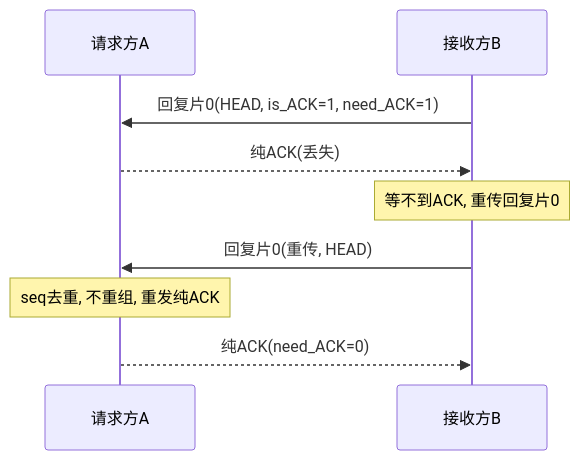
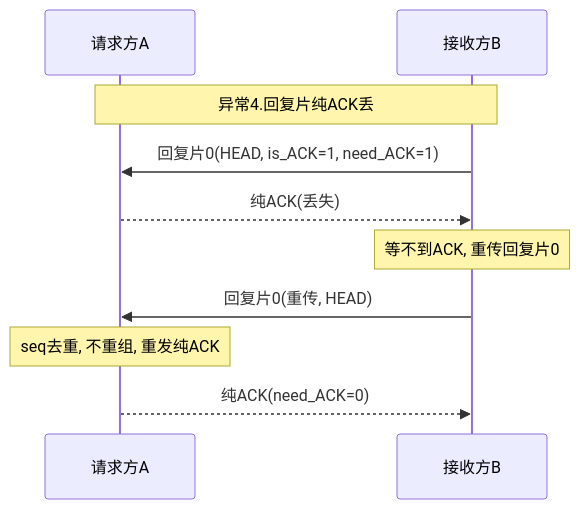
The tenth of 13 diagrams in 工作/项目/代码/260401S3分拣面板-SIA-R9000P.md (Siaiai/ObsidianNote), drawn with Mermaid before and after one commit. The commit also changed other lines of this file and 1 other file, not shown here.

````diff
--- a/工作/项目/代码/260401S3分拣面板-SIA-R9000P.md
+++ b/工作/项目/代码/260401S3分拣面板-SIA-R9000P.md
@@ -231,11 +239,12 @@
 ```mermaid
 sequenceDiagram
     participant A as 请求方A
     participant B as 接收方B
+    Note over A,B: 异常4.回复片纯ACK丢
     B->>A: 回复片0(HEAD, is_ACK=1, need_ACK=1)
     A-->>B: 纯ACK(丢失)
     Note over B: 等不到ACK, 重传回复片0
     B->>A: 回复片0(重传, HEAD)
     Note over A: seq去重, 不重组, 重发纯ACK
     A-->>B: 纯ACK(need_ACK=0)
 ```
````
